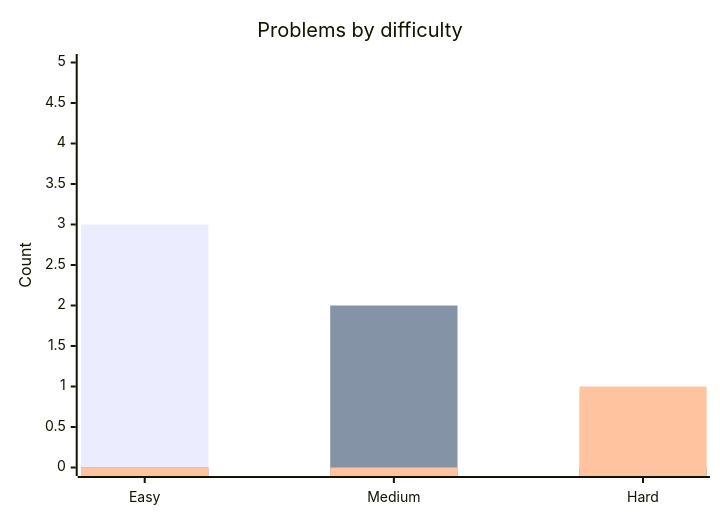
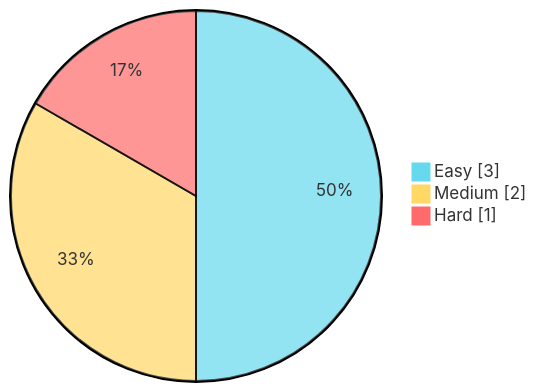
Before and after one commit to hinata-koizumi/leetcode-journey: the diagram in README.md, drawn with Mermaid. The commit also changed 1 other file, not shown here.

Commit message:
Use pie chart for difficulty colors (GitHub xyChart palette unreliable).

````diff
--- a/README.md
+++ b/README.md
@@ -12,10 +12,7 @@
 ```mermaid
-%%{init: {"theme":"base","themeVariables":{"xyChart":{"plotColorPalette":"#66d9ef,#ffd866,#ff6b6b"}}}%%
-xychart-beta
-    title "Problems by difficulty"
-    x-axis [Easy, Medium, Hard]
-    y-axis "Count" 0 --> 5
-    bar [3, 0, 0]
-    bar [0, 2, 0]
-    bar [0, 0, 1]
+%%{init: {"theme":"base","themeVariables":{"pie1":"#66d9ef","pie2":"#ffd866","pie3":"#ff6b6b"}}}%%
+pie showData
+    "Easy" : 3
+    "Medium" : 2
+    "Hard" : 1
 ```
````
